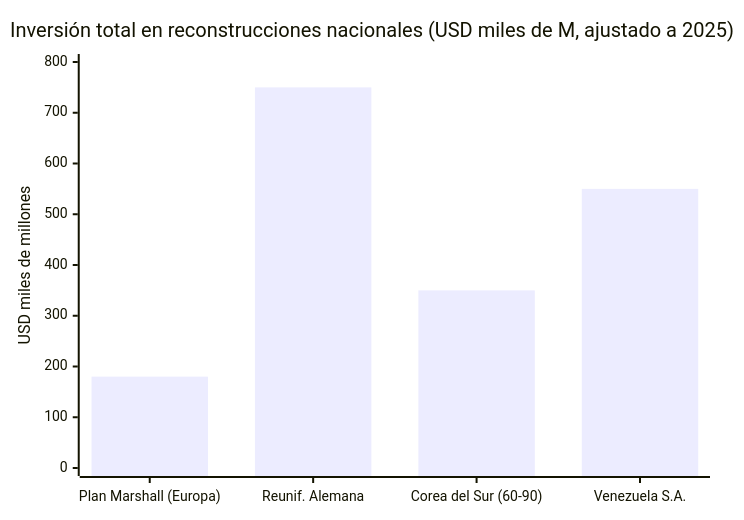
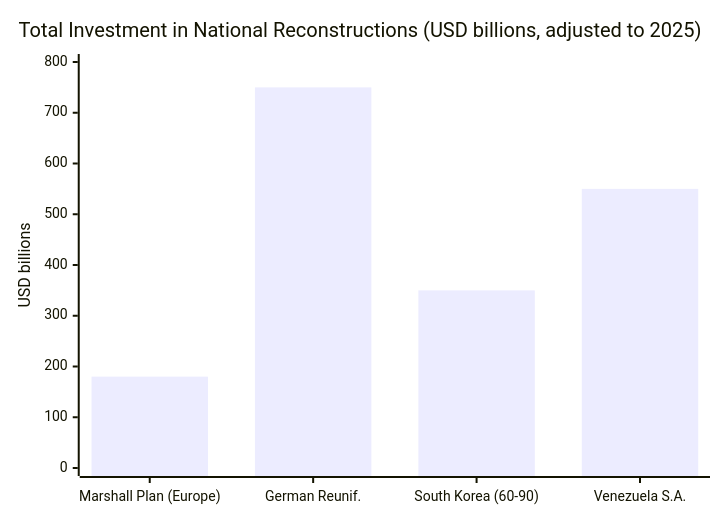
One commit to Venezuela-S-A/venezuela-sa changed the fifth of 6 diagrams in i18n/en/docusaurus-plugin-content-docs/current/02-motor-financiero/inversion-inicial-fuentes.md. Above: the diagram before and after it, drawn with Mermaid. The commit also changed other lines of this file and 127 other files, not shown here.

````diff
--- a/i18n/en/docusaurus-plugin-content-docs/current/02-motor-financiero/inversion-inicial-fuentes.md
+++ b/i18n/en/docusaurus-plugin-content-docs/current/02-motor-financiero/inversion-inicial-fuentes.md
@@ -89,7 +89,7 @@
 ```mermaid
 xychart-beta
-    title "Inversión total en reconstrucciones nacionales (USD miles de M, ajustado a 2025)"
-    x-axis ["Plan Marshall (Europa)", "Reunif. Alemana", "Corea del Sur (60-90)", "Venezuela S.A."]
-    y-axis "USD miles de millones" 0 --> 800
+    title "Total Investment in National Reconstructions (USD billions, adjusted to 2025)"
+    x-axis ["Marshall Plan (Europe)", "German Reunif.", "South Korea (60-90)", "Venezuela S.A."]
+    y-axis "USD billions" 0 --> 800
     bar [180, 750, 350, 550]
 ```
````
